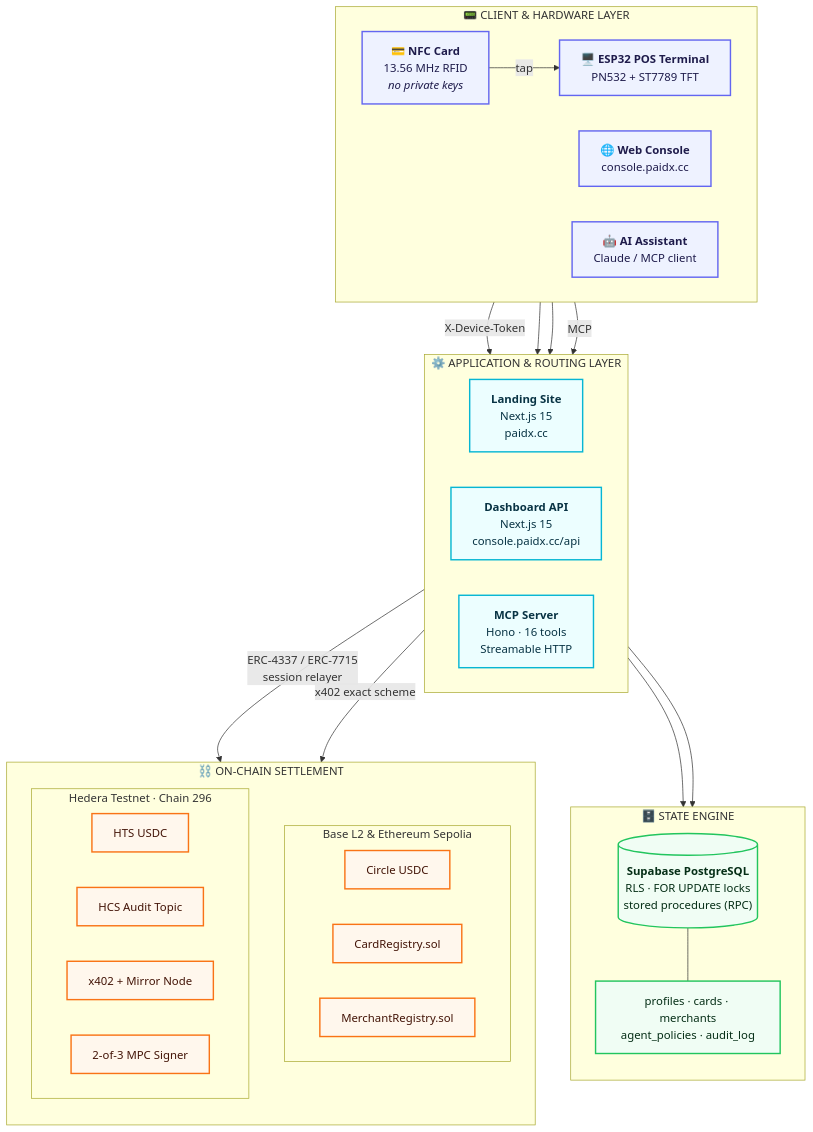
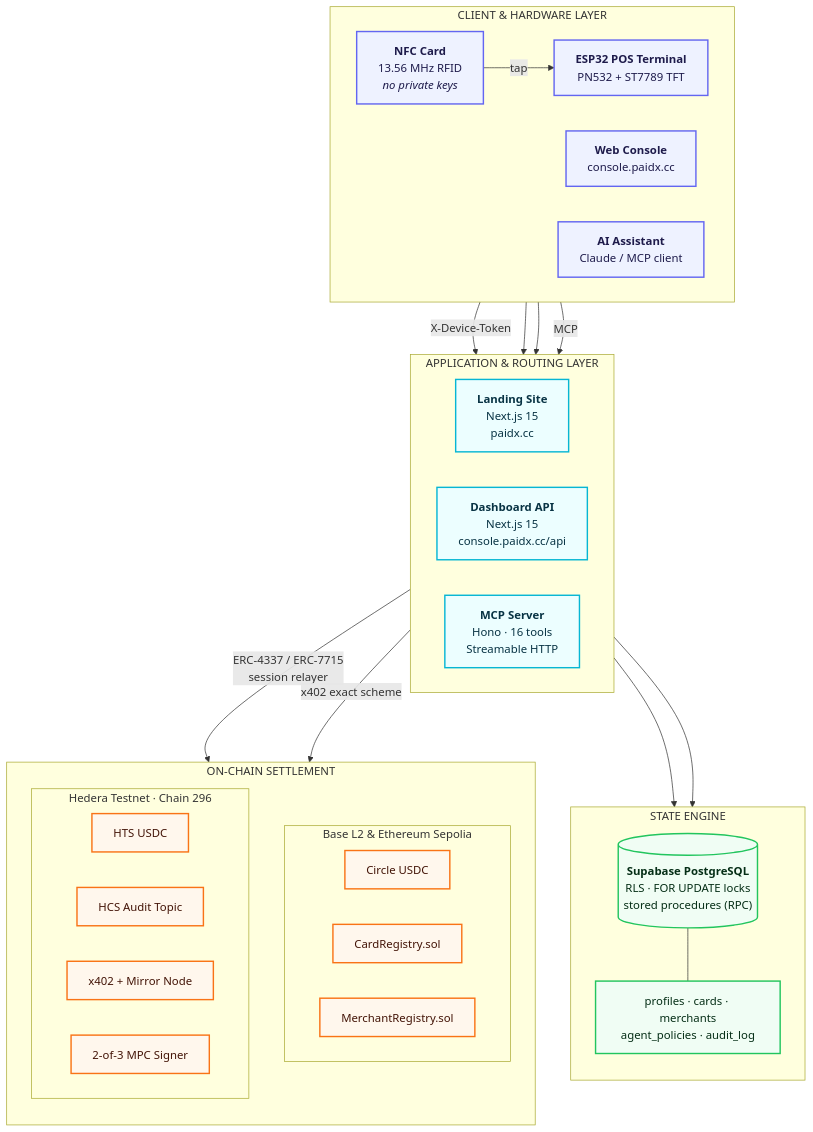
The first of 3 diagrams in README.md (RealRatnadwip/PaidX), drawn with Mermaid before and after one commit. The commit also changed other lines of this file and 3 other files, not shown here.

````diff
--- a/README.md
+++ b/README.md
@@ -28,63 +28,63 @@
 ```mermaid
 flowchart TB
-    subgraph L1["📟 CLIENT & HARDWARE LAYER"]
+    subgraph L1["CLIENT & HARDWARE LAYER"]
         direction LR
-        CARD["💳 <b>NFC Card</b><br/>13.56 MHz RFID<br/><i>no private keys</i>"]
-        POS["🖥️ <b>ESP32 POS Terminal</b><br/>PN532 + ST7789 TFT"]
-        WEB["🌐 <b>Web Console</b><br/>console.paidx.cc"]
-        AI["🤖 <b>AI Assistant</b><br/>Claude / MCP client"]
+        CARD["<b>NFC Card</b><br/>13.56 MHz RFID<br/><i>no private keys</i>"]
+        POS["<b>ESP32 POS Terminal</b><br/>PN532 + ST7789 TFT"]
+        WEB["<b>Web Console</b><br/>console.paidx.cc"]
+        AI["<b>AI Assistant</b><br/>Claude / MCP client"]
         CARD -- "tap" --> POS
     end
- 
-    subgraph L2["⚙️ APPLICATION & ROUTING LAYER"]
+
+    subgraph L2["APPLICATION & ROUTING LAYER"]
         direction LR
         LAND["<b>Landing Site</b><br/>Next.js 15<br/>paidx.cc"]
         API["<b>Dashboard API</b><br/>Next.js 15<br/>console.paidx.cc/api"]
         MCP["<b>MCP Server</b><br/>Hono · 16 tools<br/>Streamable HTTP"]
     end
- 
-    subgraph L3["🗄️ STATE ENGINE"]
+
+    subgraph L3["STATE ENGINE"]
         direction TB
         DB[("<b>Supabase PostgreSQL</b><br/>RLS · FOR UPDATE locks<br/>stored procedures (RPC)")]
         TABLES["profiles · cards · merchants<br/>agent_policies · audit_log"]
         DB --- TABLES
     end
- 
-    subgraph L4["⛓️ ON-CHAIN SETTLEMENT"]
+
+    subgraph L4["ON-CHAIN SETTLEMENT"]
         direction TB
         subgraph EVM["Base L2 &amp; Ethereum Sepolia"]
             direction LR
             USDC["Circle USDC"]
             CR["CardRegistry.sol"]
             MR["MerchantRegistry.sol"]
         end
         subgraph HED["Hedera Testnet · Chain 296"]
             direction LR
             HTS["HTS USDC"]
             HCS["HCS Audit Topic"]
             X402["x402 + Mirror Node"]
             MPC["2-of-3 MPC Signer"]
         end
     end
  
     POS -- "X-Device-Token" --> API
     WEB --> API
     WEB --> LAND
     AI -- "MCP" --> MCP
  
     API --> DB
     MCP --> DB
  
     API -- "ERC-4337 / ERC-7715<br/>session relayer" --> EVM
     MCP -- "x402 exact scheme" --> HED
  
     classDef hw fill:#EEF2FF,stroke:#6366F1,stroke-width:2px,color:#1E1B4B
     classDef app fill:#ECFEFF,stroke:#06B6D4,stroke-width:2px,color:#083344
     classDef data fill:#F0FDF4,stroke:#22C55E,stroke-width:2px,color:#052E16
     classDef chain fill:#FFF7ED,stroke:#F97316,stroke-width:2px,color:#431407
  
     class CARD,POS,WEB,AI hw
     class LAND,API,MCP app
     class DB,TABLES data
     class USDC,CR,MR,HTS,HCS,X402,MPC chain
 ```
````
